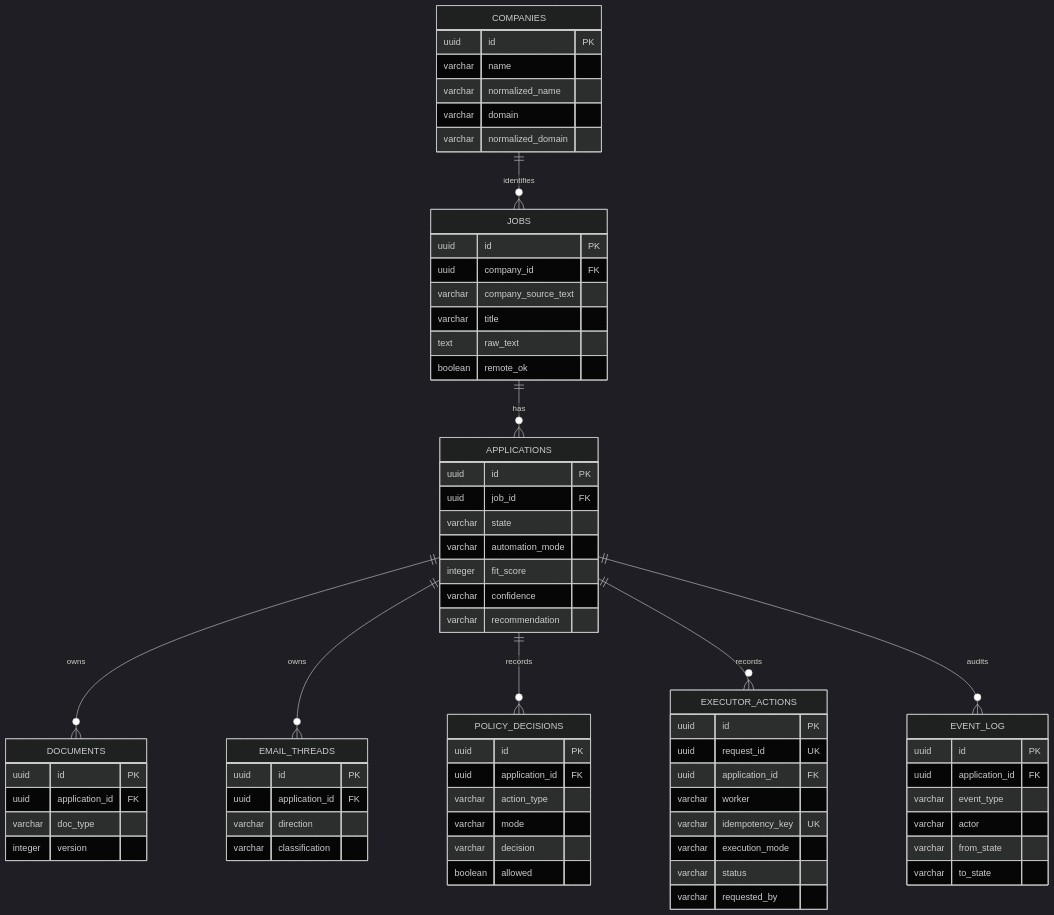
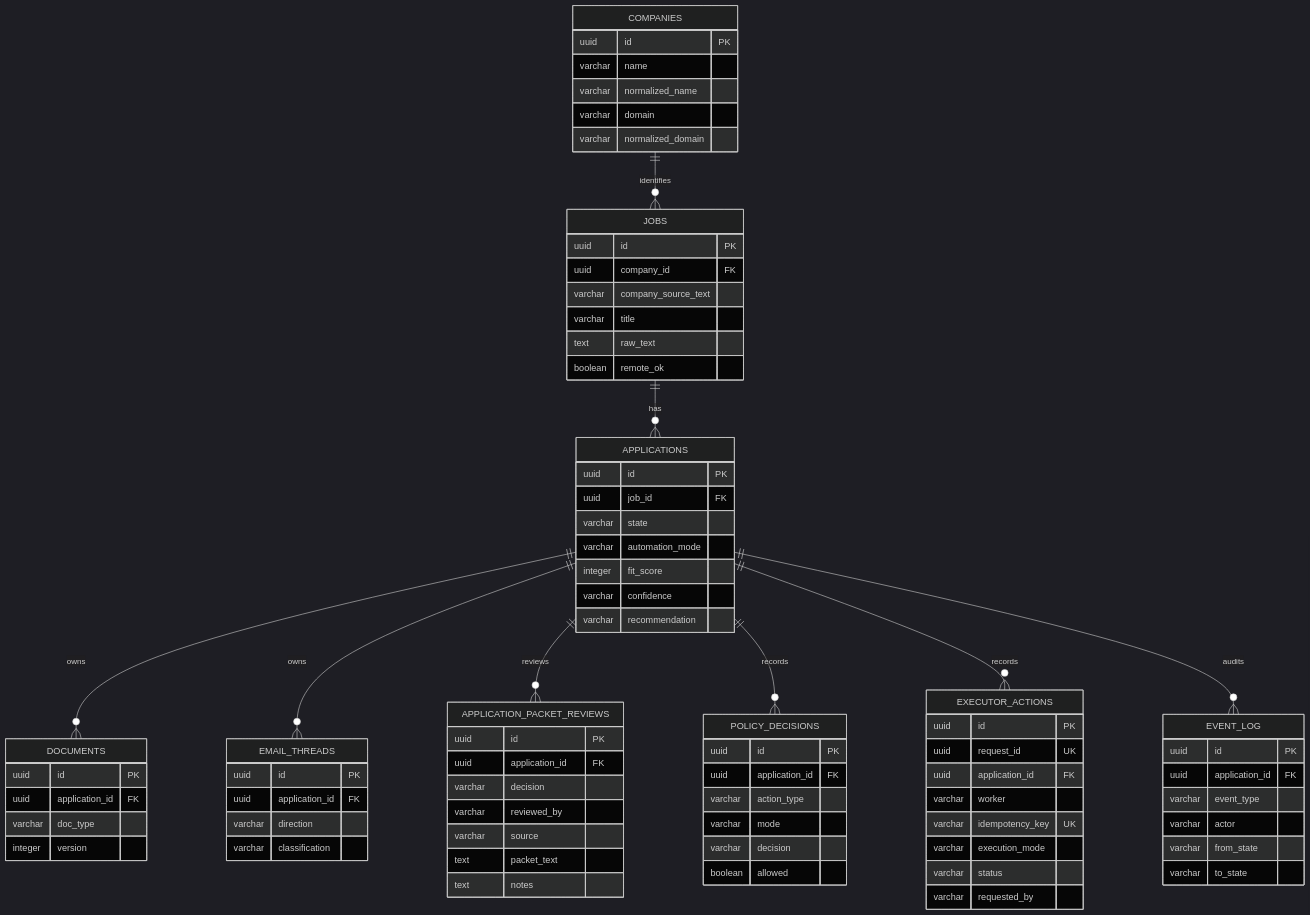
Before and after one commit to NicolayBang/ApplyGo: the first of 2 diagrams in docs/diagrams/database-schema.md, drawn with Mermaid (dark theme). The commit also changed other lines of this file and 5 other files, not shown here.

Commit message:
docs: refresh implementation diagrams (#196)

```diff
--- a/docs/diagrams/database-schema.md
+++ b/docs/diagrams/database-schema.md
@@ -14,6 +14,7 @@
     JOBS ||--o{ APPLICATIONS : has
     APPLICATIONS ||--o{ DOCUMENTS : owns
     APPLICATIONS ||--o{ EMAIL_THREADS : owns
+    APPLICATIONS ||--o{ APPLICATION_PACKET_REVIEWS : reviews
     APPLICATIONS ||--o{ POLICY_DECISIONS : records
     APPLICATIONS ||--o{ EXECUTOR_ACTIONS : records
     APPLICATIONS ||--o{ EVENT_LOG : audits
@@ -54,6 +55,15 @@
         varchar direction
         varchar classification
     }
+    APPLICATION_PACKET_REVIEWS {
+        uuid id PK
+        uuid application_id FK
+        varchar decision
+        varchar reviewed_by
+        varchar source
+        text packet_text
+        text notes
+    }
     POLICY_DECISIONS {
         uuid id PK
         uuid application_id FK
```
